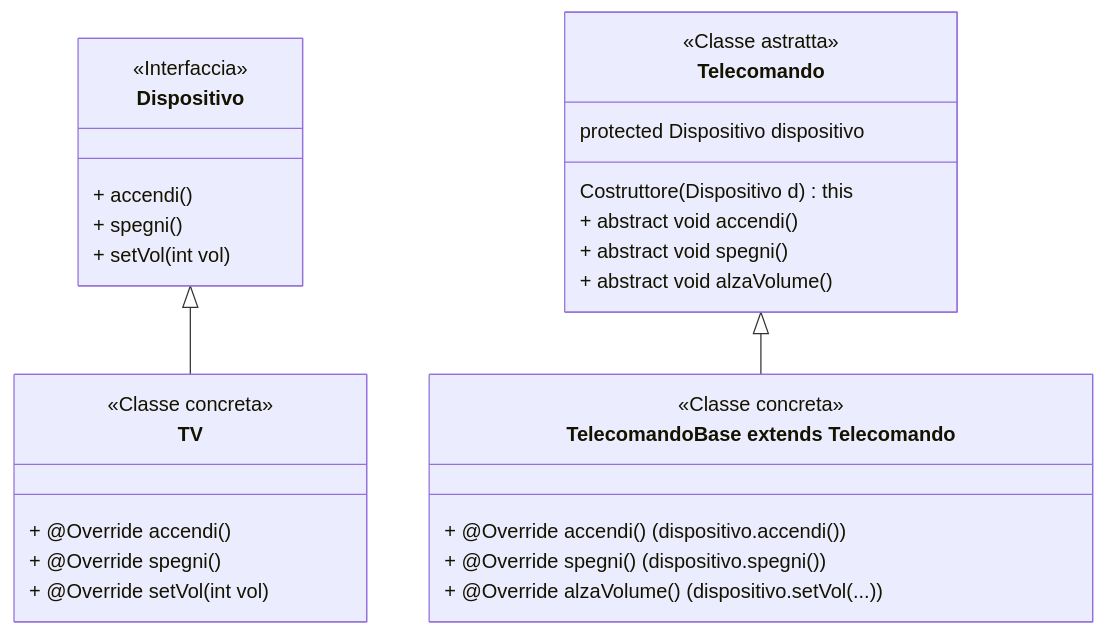
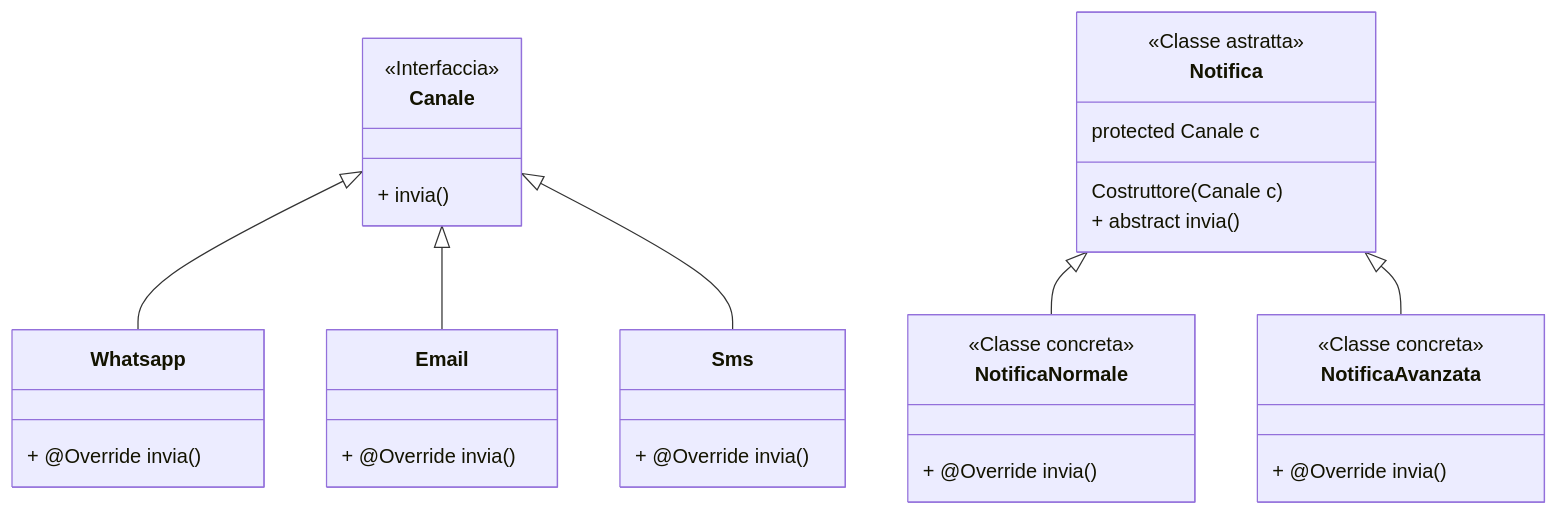
The tenth of 12 diagrams in universita/oop.md (comarandr/comarandr.github.io), drawn with Mermaid before and after one commit. The commit also changed other lines of this file, not shown here.

````diff
--- a/universita/oop.md
+++ b/universita/oop.md
@@ -1297,32 +1297,41 @@
 ```mermaid
 classDiagram
-    class Dispositivo{
+    class Canale{
         <<Interfaccia>>
-        + accendi()
-        + spegni()
-        + setVol(int vol)
+        + invia()
     }
-    class TV{
-        <<Classe concreta>>
-        + @Override accendi()
-        + @Override spegni()
-        + @Override setVol(int vol)
-    }
-    class Telecomando{
-        <<Classe astratta>>
-        protected Dispositivo dispositivo
-        Costruttore(Dispositivo d) this
-        + abstract void accendi()
-        + abstract void spegni()
-        + abstract void alzaVolume()
-    }
-    class `TelecomandoBase extends Telecomando`{
-        <<Classe concreta>>
-        + @Override accendi() (dispositivo.accendi())
-        + @Override spegni() (dispositivo.spegni())
-        + @Override alzaVolume() (dispositivo.setVol(...))
+    class Whatsapp{
+        + @Override invia()
     }
 
-    Dispositivo <|-- TV
-    Telecomando <|-- `TelecomandoBase extends Telecomando`
+    class Email{
+        + @Override invia()
+    }
+
+    class Sms{
+        + @Override invia()
+    }
+
+    class Notifica{
+        <<Classe astratta>>
+        protected Canale c
+        Costruttore(Canale c)
+        + abstract invia()
+    }
+
+    class NotificaNormale{
+        <<Classe concreta>>
+        + @Override invia()
+    }
+
+    class NotificaAvanzata{
+        <<Classe concreta>>
+        + @Override invia()
+    }
+
+    Canale <|-- Whatsapp
+    Canale <|-- Email
+    Canale <|-- Sms
+    Notifica <|-- NotificaNormale
+    Notifica <|-- NotificaAvanzata
 ```
````
